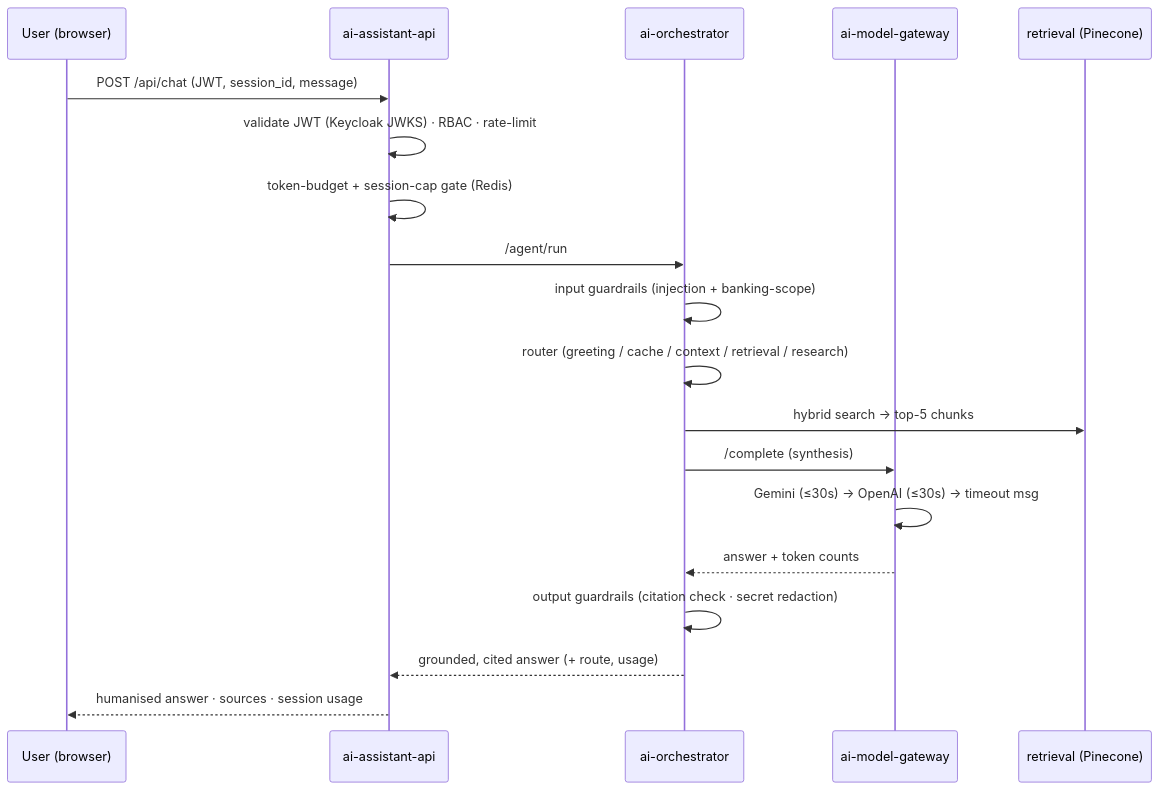
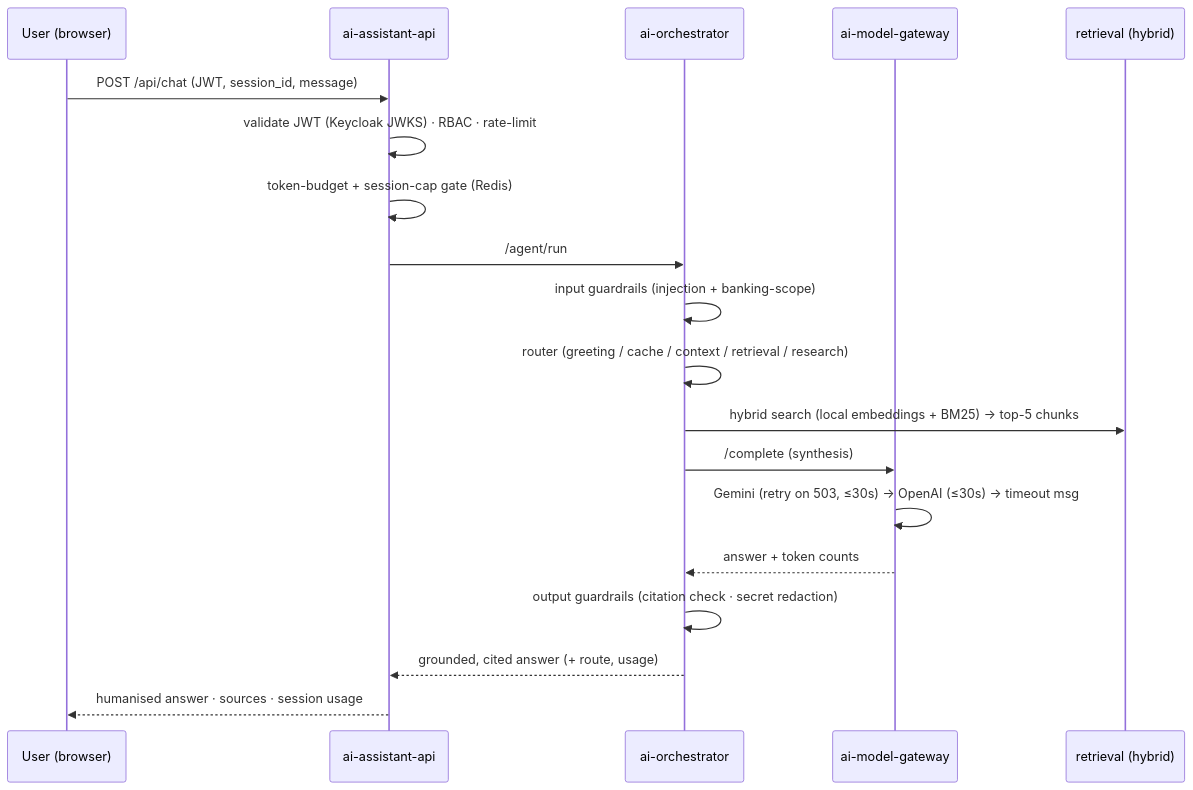
The second of 3 diagrams in README.md (LahiruSandeepa-LK/ai-assistent), drawn with Mermaid before and after one commit. The commit also changed other lines of this file and 13 other files, not shown here.

````diff
--- a/README.md
+++ b/README.md
@@ -91,21 +90,21 @@
 ```mermaid
 sequenceDiagram
     participant U as User (browser)
     participant API as ai-assistant-api
     participant O as ai-orchestrator
     participant G as ai-model-gateway
-    participant R as retrieval (Pinecone)
+    participant R as retrieval (hybrid)
     U->>API: POST /api/chat (JWT, session_id, message)
     API->>API: validate JWT (Keycloak JWKS) · RBAC · rate-limit
     API->>API: token-budget + session-cap gate (Redis)
     API->>O: /agent/run
     O->>O: input guardrails (injection + banking-scope)
     O->>O: router (greeting / cache / context / retrieval / research)
-    O->>R: hybrid search → top-5 chunks
+    O->>R: hybrid search (local embeddings + BM25) → top-5 chunks
     O->>G: /complete (synthesis)
-    G->>G: Gemini (≤30s) → OpenAI (≤30s) → timeout msg
+    G->>G: Gemini (retry on 503, ≤30s) → OpenAI (≤30s) → timeout msg
     G-->>O: answer + token counts
     O->>O: output guardrails (citation check · secret redaction)
     O-->>API: grounded, cited answer (+ route, usage)
     API-->>U: humanised answer · sources · session usage
 ```
````
